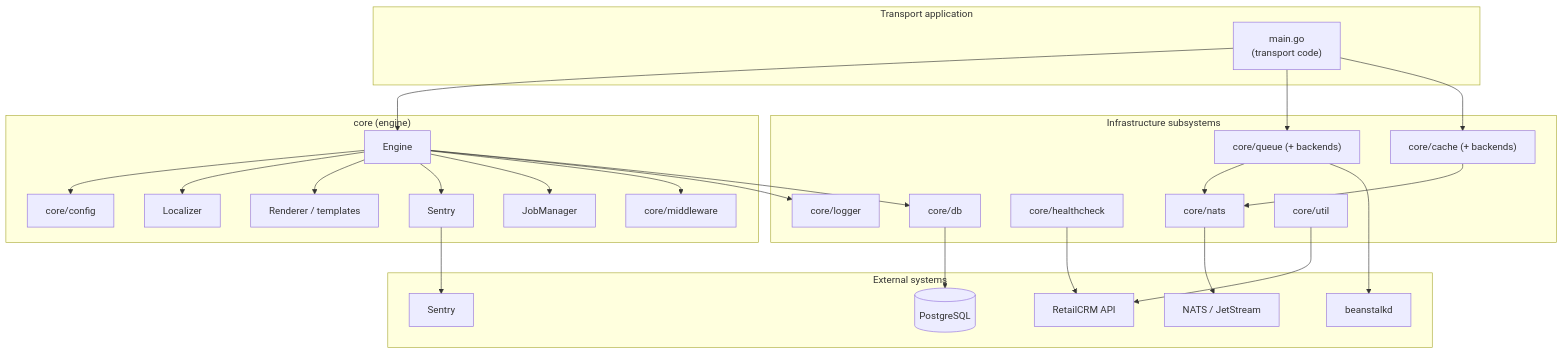
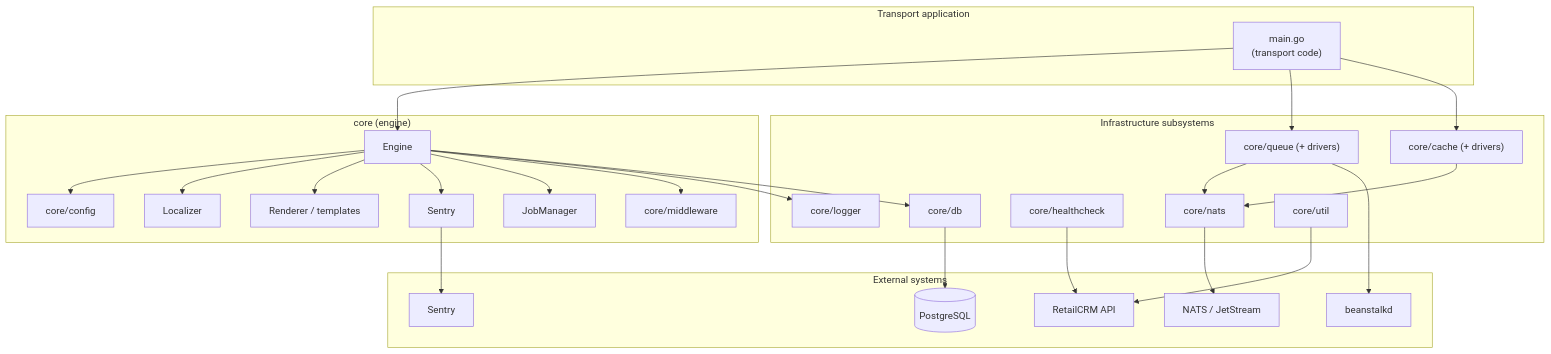
Before and after one commit to Neur0toxine/mg-transport-core: the first of 6 diagrams in docs/architecture.md, drawn with Mermaid. The commit also changed other lines of this file and 36 other files, not shown here.

````diff
--- a/docs/architecture.md
+++ b/docs/architecture.md
@@ -11,55 +11,55 @@
 ```mermaid
 flowchart TB
     subgraph transport["Transport application"]
         APP["main.go<br/>(transport code)"]
     end
 
     subgraph engine["core (engine)"]
         E["Engine"]
         CFG["core/config"]
         LOC["Localizer"]
         TPL["Renderer / templates"]
         SEN["Sentry"]
         JM["JobManager"]
         MW["core/middleware"]
     end
 
     subgraph infra["Infrastructure subsystems"]
-        Q["core/queue (+ backends)"]
-        C["core/cache (+ backends)"]
+        Q["core/queue (+ drivers)"]
+        C["core/cache (+ drivers)"]
         N["core/nats"]
         L["core/logger"]
         HC["core/healthcheck"]
         DB["core/db"]
         U["core/util"]
     end
 
     subgraph externals["External systems"]
         CRMR["RetailCRM API"]
         BS["beanstalkd"]
         NS["NATS / JetStream"]
         PG[(PostgreSQL)]
         SENTRY["Sentry"]
     end
 
     APP --> E
     E --> CFG
     E --> LOC
     E --> TPL
     E --> SEN
     E --> JM
     E --> MW
     E --> L
     E --> DB
 
     APP --> Q
     APP --> C
     Q --> N
     C --> N
     N --> NS
     Q --> BS
     DB --> PG
     SEN --> SENTRY
     U --> CRMR
     HC --> CRMR
 ```
````
